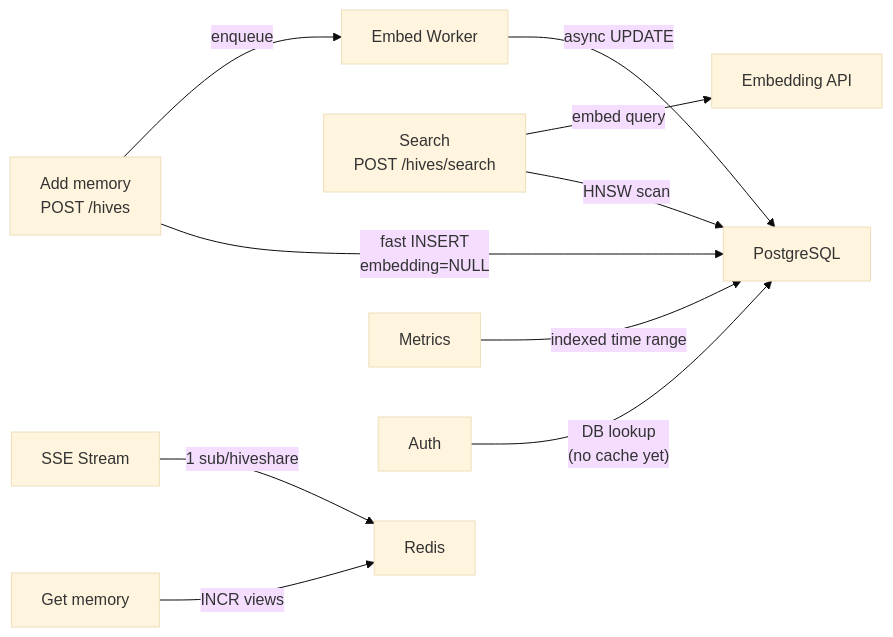
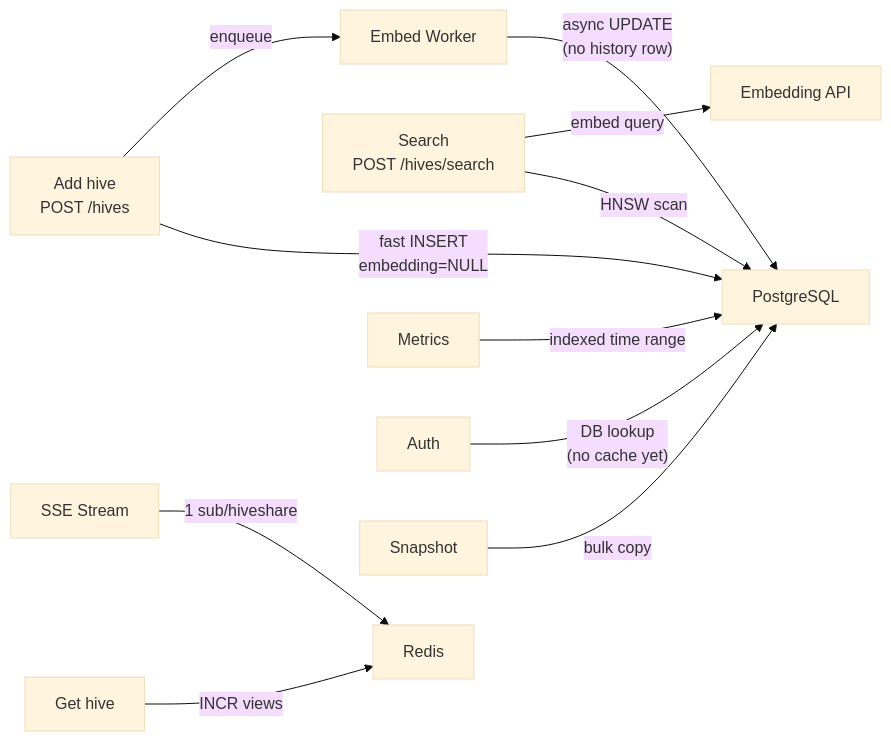
One commit to KB-perByte/hiveshare changed the second of 8 diagrams in docs/ARCHITECTURE.md. Above: the diagram before and after it, drawn with Mermaid (base theme). The commit also changed other lines of this file and 11 other files, not shown here.

````diff
--- a/docs/ARCHITECTURE.md
+++ b/docs/ARCHITECTURE.md
@@ -107,12 +131,13 @@
 ```mermaid
 graph LR
-    A["Add memory\nPOST /hives"] -->|"enqueue"| B["Embed Worker"]
+    A["Add hive\nPOST /hives"] -->|"enqueue"| B["Embed Worker"]
     A -->|"fast INSERT\nembedding=NULL"| C["PostgreSQL"]
-    B -->|"async UPDATE"| C
+    B -->|"async UPDATE\n(no history row)"| C
     D["Search\nPOST /hives/search"] -->|"embed query"| E["Embedding API"]
     D -->|"HNSW scan"| C
     F["SSE Stream"] -->|"1 sub/hiveshare"| G["Redis"]
-    H["Get memory"] -->|"INCR views"| G
+    H["Get hive"] -->|"INCR views"| G
     I["Metrics"] -->|"indexed time range"| C
     J["Auth"] -->|"DB lookup\n(no cache yet)"| C
+    K["Snapshot"] -->|"bulk copy"| C
 ```
````
